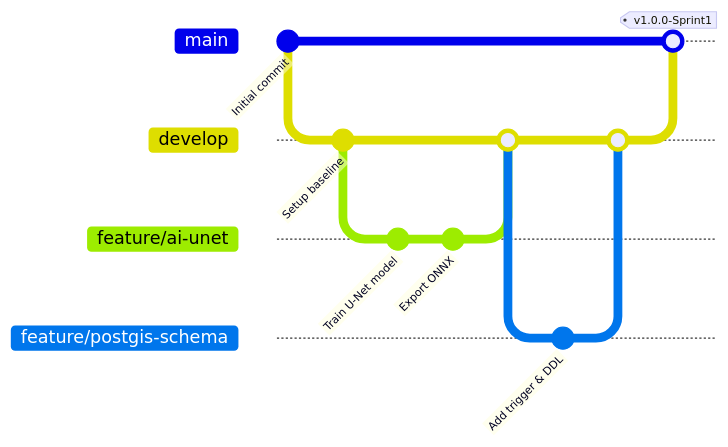
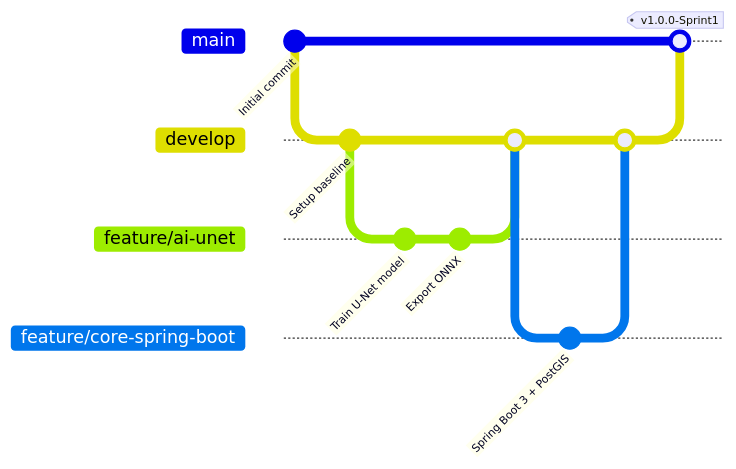
Before and after one commit to Duan0603/TerraWatch: the diagram in docs/microservices-setup-guide.md, drawn with Mermaid. The commit also changed other lines of this file and 10 other files, not shown here.

````diff
--- a/docs/microservices-setup-guide.md
+++ b/docs/microservices-setup-guide.md
@@ -25,20 +25,20 @@
 ```mermaid
 gitGraph
    commit id: "Initial commit"
    branch develop
    checkout develop
    commit id: "Setup baseline"
    branch feature/ai-unet
    checkout feature/ai-unet
    commit id: "Train U-Net model"
    commit id: "Export ONNX"
    checkout develop
    merge feature/ai-unet
-   branch feature/postgis-schema
-   checkout feature/postgis-schema
-   commit id: "Add trigger & DDL"
+   branch feature/core-spring-boot
+   checkout feature/core-spring-boot
+   commit id: "Spring Boot 3 + PostGIS"
    checkout develop
-   merge feature/postgis-schema
+   merge feature/core-spring-boot
    checkout main
    merge develop tag: "v1.0.0-Sprint1"
 ```
````
